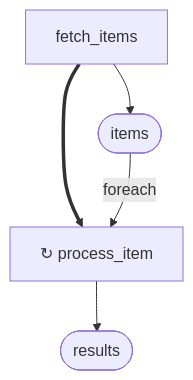
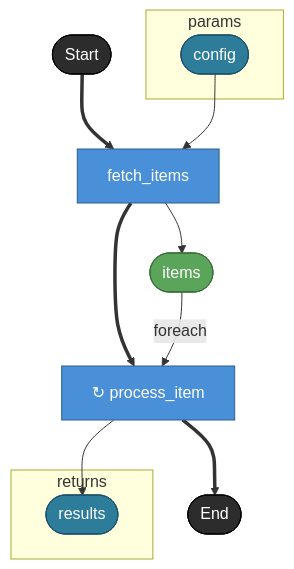
The fourth of 5 diagrams in docs/spec/views/dag.md (hiroshiasayadev-prog/brewprint), drawn with Mermaid before and after one commit. The commit also changed other lines of this file, not shown here.

First line of the commit message:
docs: add task-to-task control flow rule to dag.md

````diff
--- a/docs/spec/views/dag.md
+++ b/docs/spec/views/dag.md
@@ -348,7 +587,26 @@
 ```mermaid
 flowchart TD
-  fetch_items[fetch_items] --> items([items])
+  subgraph params
+    config([config])
+  end
+  subgraph returns
+    results([results])
+  end
+
+  _start([Start]) ==> fetch_items
+  config --> fetch_items[fetch_items]
+  fetch_items --> items([items])
   fetch_items ==> process_item["↻ process_item"]
   items --"foreach"--> process_item
-  process_item --> results([results])
+  process_item --> results
+  process_item ==> _end([End])
+
+  classDef taskNode     fill:#4A90D9,stroke:#2C5F8A,color:#fff
+  classDef assetNode    fill:#5BA55B,stroke:#3A6B3A,color:#fff
+  classDef terminalNode fill:#2C2C2C,stroke:#000,color:#fff
+  classDef boundaryNode fill:#2D7D9A,stroke:#1A5068,color:#fff
+  class fetch_items,process_item taskNode
+  class items assetNode
+  class _start,_end terminalNode
+  class config,results boundaryNode
 ```
````
